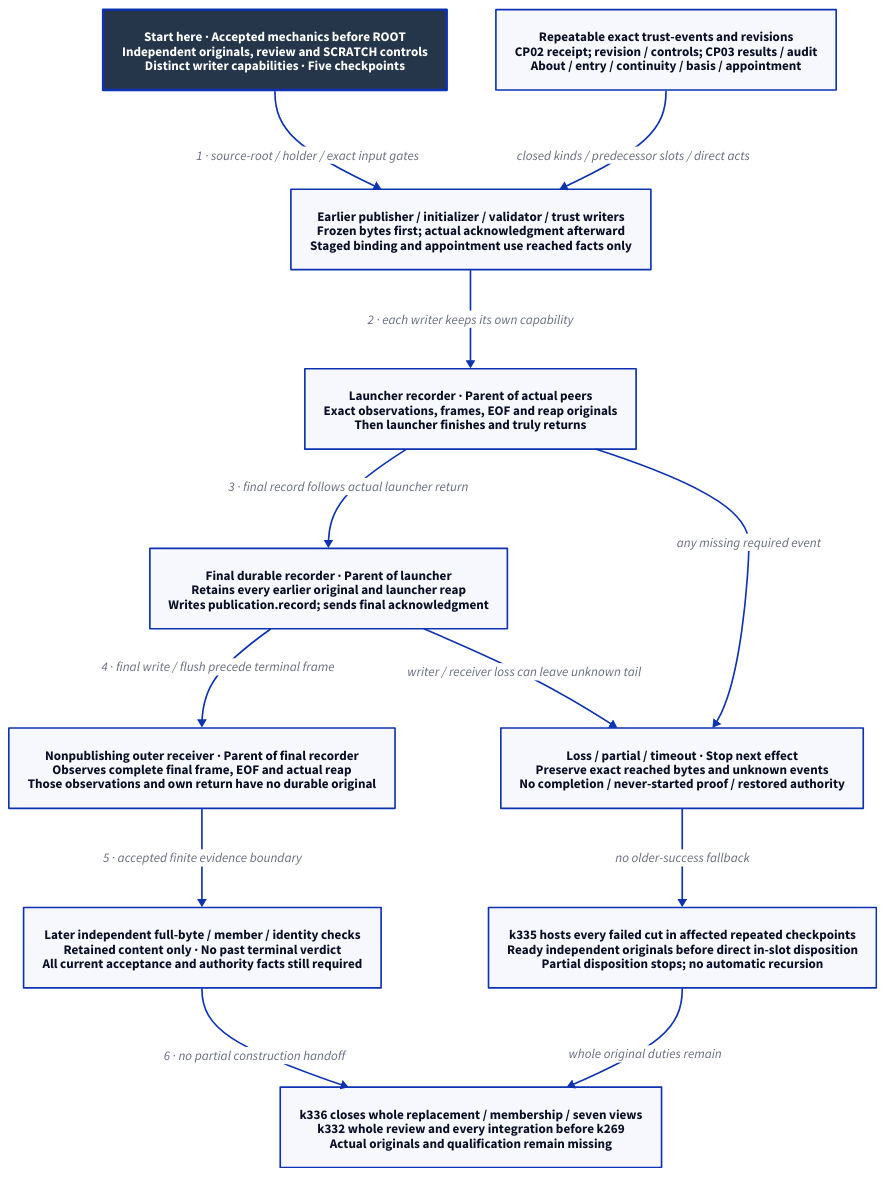
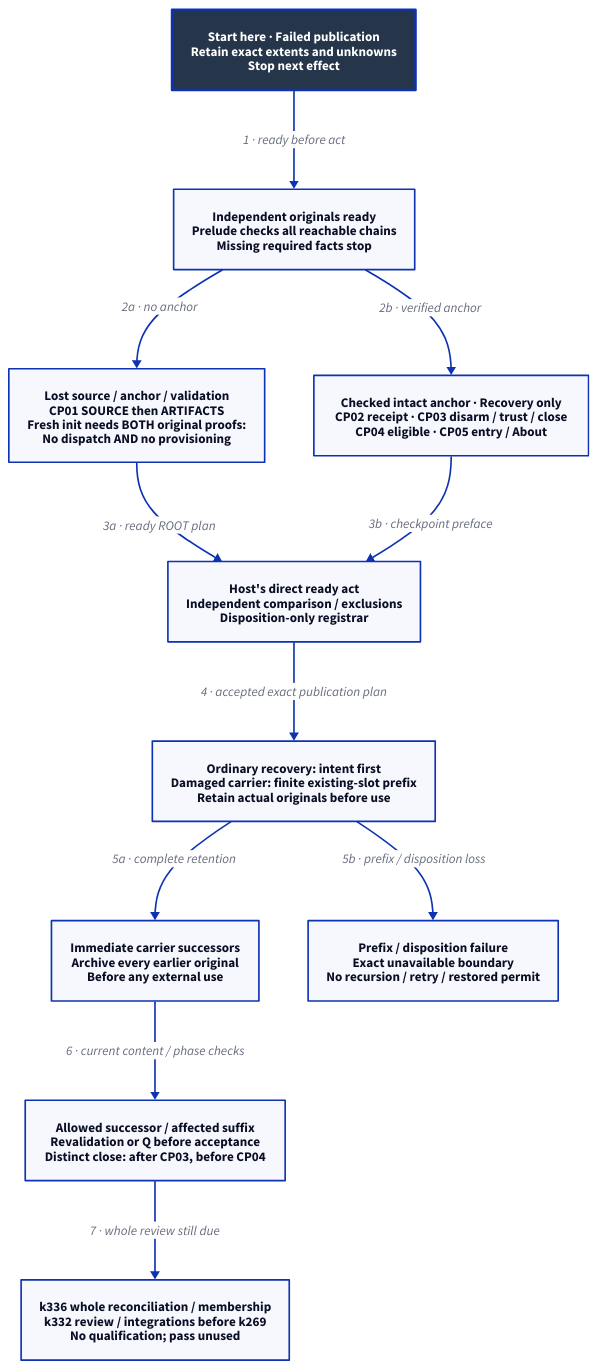
One commit to Linkuistics/Koine changed the diagram in docs/design/architecture/native-reference-admission.d2. Above: the diagram before and after it, drawn with D2. The commit also changed 12 other files, not shown here.

Commit message:
Specify hosted failed-tail recovery (reference-evidence-hosted-recovery-k335)

```diff
--- a/docs/design/architecture/native-reference-admission.d2
+++ b/docs/design/architecture/native-reference-admission.d2
@@ -1,26 +1,25 @@
-# Publication design under k340; hosted recovery and whole review still required.
+# Hosted recovery design; whole k336 reconciliation and k332 review precede use.
 direction: down
 classes: {
   start: {style: {fill: "#25364B"; font-color: "#FFFFFF"; bold: true; stroke-width: 3}}
 }
-Start: "Start here · Accepted mechanics before ROOT\nIndependent originals, review and SCRATCH controls\nDistinct writer capabilities · Five checkpoints" {class: start}
-Stages: "Earlier publisher / initializer / validator / trust writers\nFrozen bytes first; actual acknowledgment afterward\nStaged binding and appointment use reached facts only"
-Launcher: "Launcher recorder · Parent of actual peers\nExact observations, frames, EOF and reap originals\nThen launcher finishes and truly returns"
-Final: "Final durable recorder · Parent of launcher\nRetains every earlier original and launcher reap\nWrites publication.record; sends final acknowledgment"
-Outer: "Nonpublishing outer receiver · Parent of final recorder\nObserves complete final frame, EOF and actual reap\nThose observations and own return have no durable original"
-Content: "Later independent full-byte / member / identity checks\nRetained content only · No past terminal verdict\nAll current acceptance and authority facts still required"
-Trust: "Repeatable exact trust-events and revisions\nCP02 receipt; revision / controls; CP03 results / audit\nAbout / entry / continuity / basis / appointment"
-Loss: "Loss / partial / timeout · Stop next effect\nPreserve exact reached bytes and unknown events\nNo completion / never-started proof / restored authority"
-Recovery: "k335 hosts every failed cut in affected repeated checkpoints\nReady independent originals before direct in-slot disposition\nPartial disposition stops; no automatic recursion"
-Next: "k336 closes whole replacement / membership / seven views\nk332 whole review and every integration before k269\nActual originals and qualification remain missing"
-Start -> Stages: "1 · source-root / holder / exact input gates"
-Stages -> Launcher: "2 · each writer keeps its own capability"
-Trust -> Stages: "closed kinds / predecessor slots / direct acts"
-Launcher -> Final: "3 · final record follows actual launcher return"
-Final -> Outer: "4 · final write / flush precede terminal frame"
-Outer -> Content: "5 · accepted finite evidence boundary"
-Content -> Next: "6 · no partial construction handoff"
-Launcher -> Loss: "any missing required event"
-Final -> Loss: "writer / receiver loss can leave unknown tail"
-Loss -> Recovery: "no older-success fallback"
-Recovery -> Next: "whole original duties remain"
+Start: "Start here · Failed publication\nRetain exact extents and unknowns\nStop next effect" {class: start}
+Root: "Independent originals ready\nPrelude checks all reachable chains\nMissing required facts stop"
+Source: "Lost source / anchor / validation\nCP01 SOURCE then ARTIFACTS\nFresh init needs BOTH original proofs:\nNo dispatch AND no provisioning"
+Intact: "Checked intact anchor · Recovery only\nCP02 receipt · CP03 disarm / trust / close\nCP04 eligible · CP05 entry / About"
+Act: "Host's direct ready act\nIndependent comparison / exclusions\nDisposition-only registrar"
+Prefix: "Ordinary recovery: intent first\nDamaged carrier: finite existing-slot prefix\nRetain actual originals before use"
+Join: "Immediate carrier successors\nArchive every earlier original\nBefore any external use"
+Next: "Allowed successor / affected suffix\nRevalidation or Q before acceptance\nDistinct close: after CP03, before CP04"
+Stop: "Prefix / disposition failure\nExact unavailable boundary\nNo recursion / retry / restored permit"
+Whole: "k336 whole reconciliation / membership\nk332 review / integrations before k269\nNo qualification; pass unused"
+Start -> Root: "1 · ready before act"
+Root -> Source: "2a · no anchor"
+Root -> Intact: "2b · verified anchor"
+Source -> Act: "3a · ready ROOT plan"
+Intact -> Act: "3b · checkpoint preface"
+Act -> Prefix: "4 · accepted exact publication plan"
+Prefix -> Join: "5a · complete retention"
+Join -> Next: "6 · current content / phase checks"
+Next -> Whole: "7 · whole review still due"
+Prefix -> Stop: "5b · prefix / disposition loss"
```
